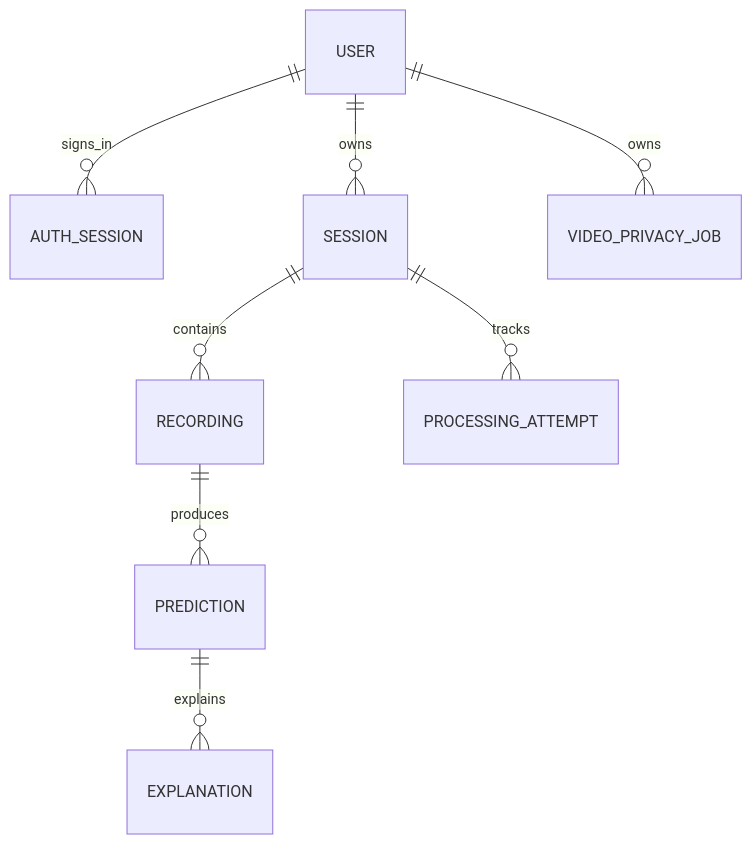
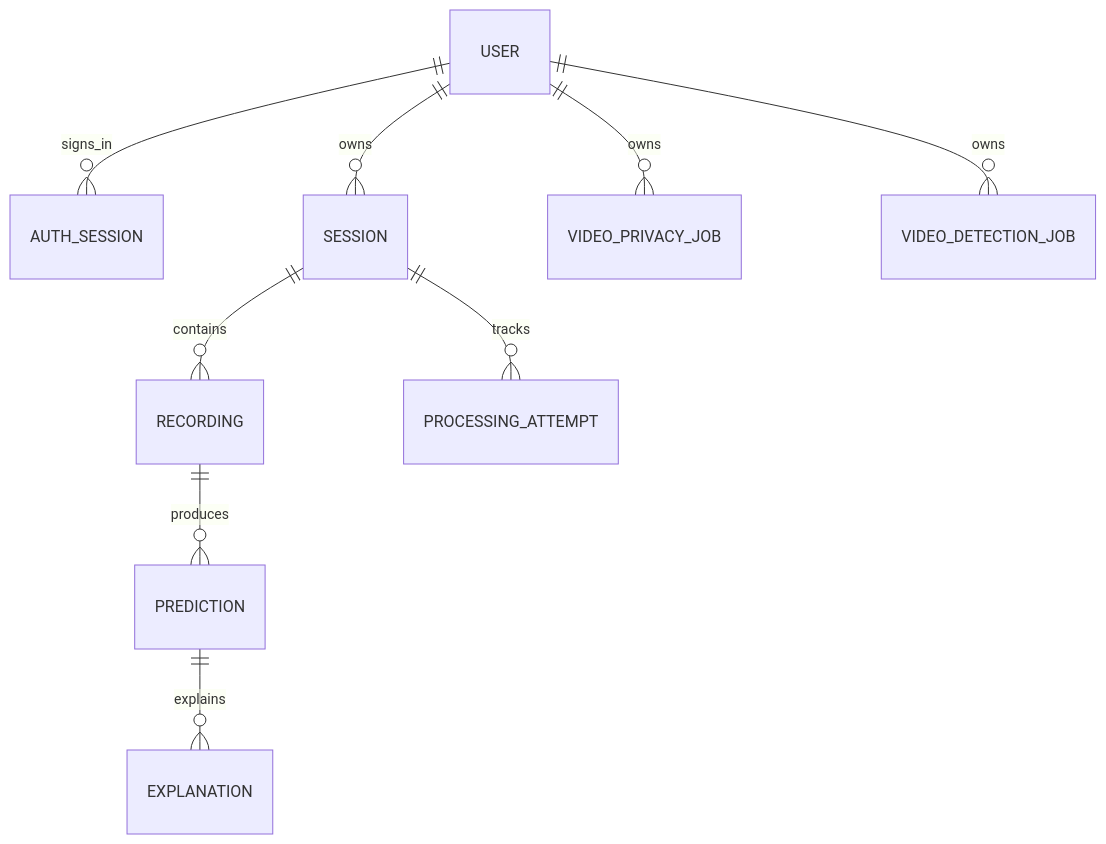
The fifth of 5 diagrams in docs/architecture.md (4ffaad/FYP-MDS01), drawn with Mermaid before and after one commit. The commit also changed other lines of this file and 108 other files, not shown here.

````diff
--- a/docs/architecture.md
+++ b/docs/architecture.md
@@ -134,10 +147,11 @@
 ```mermaid
 erDiagram
     USER ||--o{ AUTH_SESSION : signs_in
     USER ||--o{ SESSION : owns
     USER ||--o{ VIDEO_PRIVACY_JOB : owns
+    USER ||--o{ VIDEO_DETECTION_JOB : owns
     SESSION ||--o{ RECORDING : contains
     RECORDING ||--o{ PREDICTION : produces
     PREDICTION ||--o{ EXPLANATION : explains
     SESSION ||--o{ PROCESSING_ATTEMPT : tracks
 ```
````
